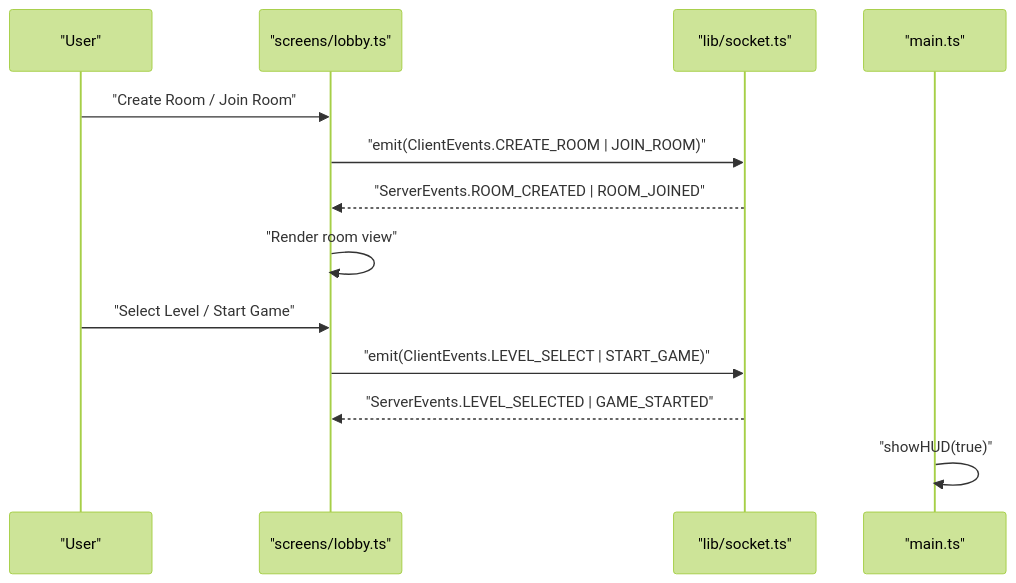
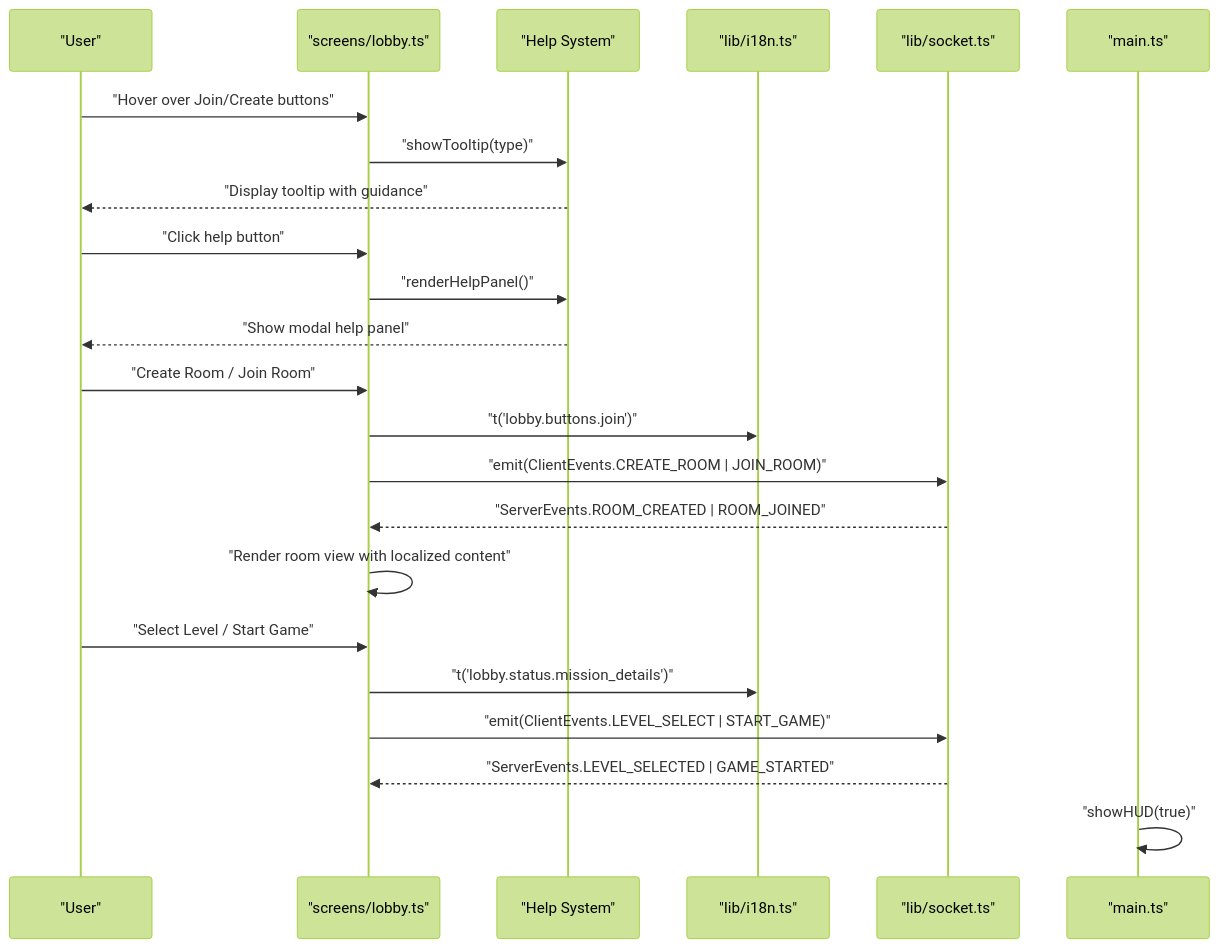
One commit to dkoukoul/escape-room-mvp changed the ninth of 21 diagrams in .qoder/repowiki/en/content/Client Application/Client Application.md. Above: the diagram before and after it, drawn with Mermaid (forest theme). The commit also changed other lines of this file and 21 other files, not shown here.

````diff
--- a/.qoder/repowiki/en/content/Client Application/Client Application.md
+++ b/.qoder/repowiki/en/content/Client Application/Client Application.md
@@ -328,15 +415,25 @@
 ```mermaid
 sequenceDiagram
 participant User as "User"
 participant Lobby as "screens/lobby.ts"
+participant HelpSys as "Help System"
+participant I18n as "lib/i18n.ts"
 participant Socket as "lib/socket.ts"
 participant Main as "main.ts"
+User->>Lobby : "Hover over Join/Create buttons"
+Lobby->>HelpSys : "showTooltip(type)"
+HelpSys-->>User : "Display tooltip with guidance"
+User->>Lobby : "Click help button"
+Lobby->>HelpSys : "renderHelpPanel()"
+HelpSys-->>User : "Show modal help panel"
 User->>Lobby : "Create Room / Join Room"
+Lobby->>I18n : "t('lobby.buttons.join')"
 Lobby->>Socket : "emit(ClientEvents.CREATE_ROOM | JOIN_ROOM)"
 Socket-->>Lobby : "ServerEvents.ROOM_CREATED | ROOM_JOINED"
-Lobby->>Lobby : "Render room view"
+Lobby->>Lobby : "Render room view with localized content"
 User->>Lobby : "Select Level / Start Game"
+Lobby->>I18n : "t('lobby.status.mission_details')"
 Lobby->>Socket : "emit(ClientEvents.LEVEL_SELECT | START_GAME)"
 Socket-->>Lobby : "ServerEvents.LEVEL_SELECTED | GAME_STARTED"
 Main->>Main : "showHUD(true)"
 ```
````
